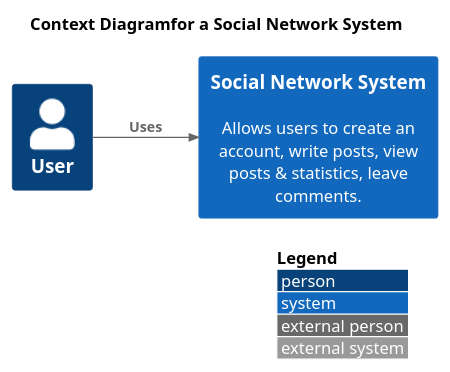
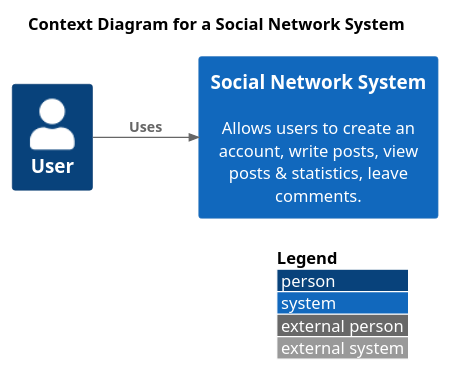
The diagram in doc/context-diagram.puml (ninaiad/soa-project), drawn with PlantUML before and after one commit. The commit also changed 2 other files, not shown here.

Commit message:
ER diagram and fixing typos

```diff
--- a/doc/context-diagram.puml
+++ b/doc/context-diagram.puml
@@ -1,15 +1,15 @@
 @startuml
 
 !include https://raw.githubusercontent.com/plantuml-stdlib/C4-PlantUML/master/C4_Context.puml
 
 LAYOUT_WITH_LEGEND()
 LAYOUT_LANDSCAPE()
 
-title Context Diagramfor a Social Network System
+title Context Diagram for a Social Network System
 
 Person(user, "User", "")
 System(system, "Social Network System", "Allows users to create an account, write posts, view posts & statistics, leave comments.")
 
 Rel(user, system, "Uses")
 
 @enduml
```
